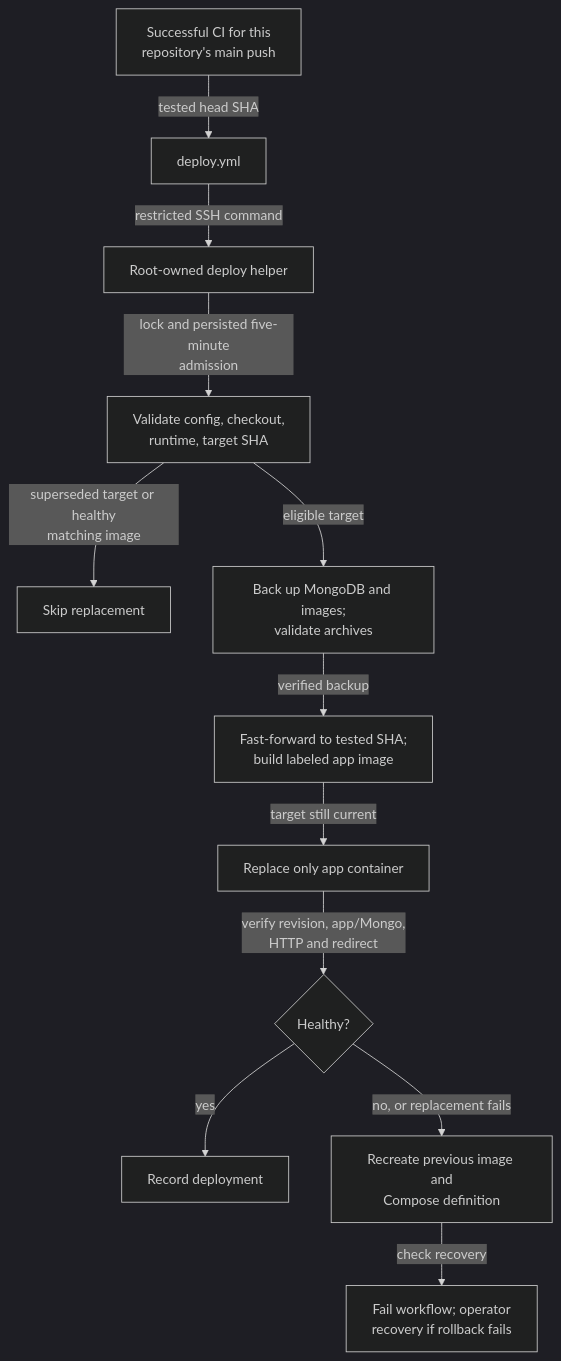
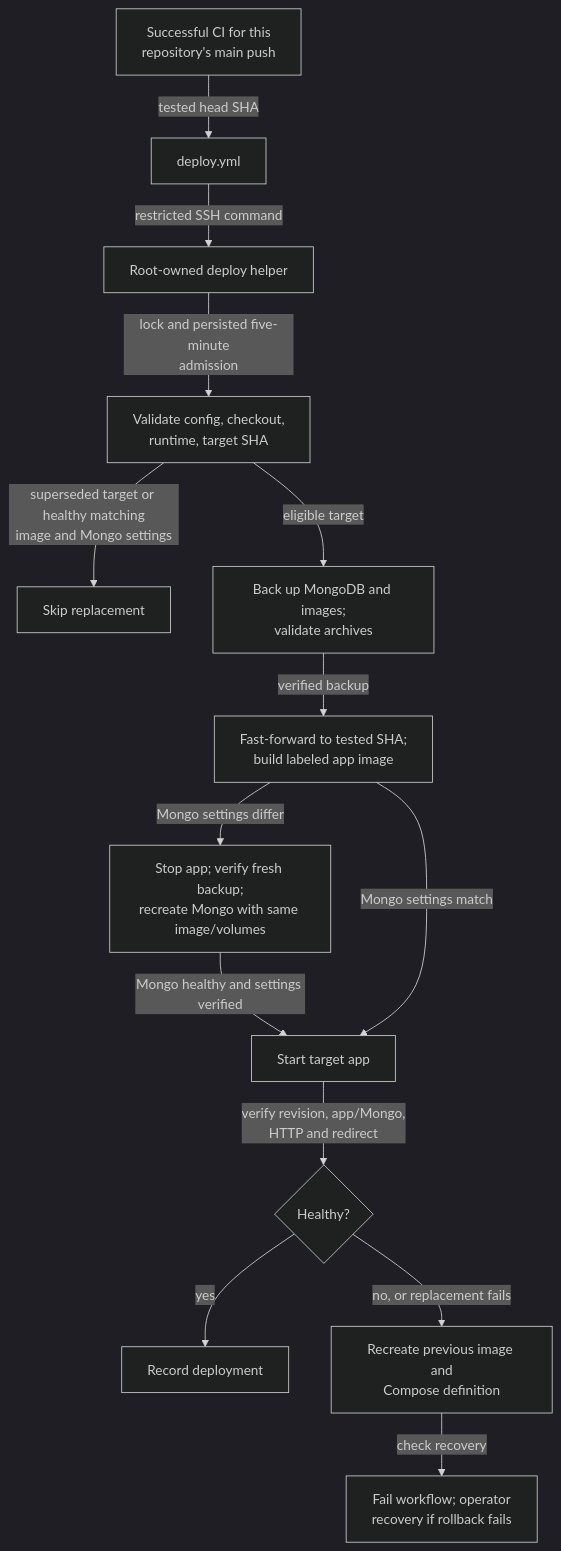
The second of 2 diagrams in scripts/README.md (jonathan-lindqvist/enstorstarkreview), drawn with Mermaid (dark theme) before and after one commit. The commit also changed other lines of this file and 7 other files, not shown here.

Commit message:
Apply Mongo settings during deployment

````diff
--- a/scripts/README.md
+++ b/scripts/README.md
@@ -31,14 +31,16 @@
 ```mermaid
 flowchart TD
     CI["Successful CI for this<br/>repository's main push"] -->|"tested head SHA"| Action["deploy.yml"]
     Action -->|"restricted SSH command"| Helper["Root-owned deploy helper"]
     Helper -->|"lock and persisted five-minute<br/>admission"| Preflight["Validate config, checkout,<br/>runtime, target SHA"]
-    Preflight -->|"superseded target or healthy<br/>matching image"| Skip["Skip replacement"]
+    Preflight -->|"superseded target or healthy matching<br/>image and Mongo settings"| Skip["Skip replacement"]
     Preflight -->|"eligible target"| Backup["Back up MongoDB and images;<br/>validate archives"]
     Backup -->|"verified backup"| Build["Fast-forward to tested SHA;<br/>build labeled app image"]
-    Build -->|"target still current"| Replace["Replace only app container"]
+    Build -->|"Mongo settings differ"| Maintenance["Stop app; verify fresh backup;<br/>recreate Mongo with same image/volumes"]
+    Maintenance -->|"Mongo healthy and settings verified"| Replace["Start target app"]
+    Build -->|"Mongo settings match"| Replace
     Replace -->|"verify revision, app/Mongo,<br/>HTTP and redirect"| Health{"Healthy?"}
     Health -->|"yes"| Done["Record deployment"]
     Health -->|"no, or replacement fails"| Rollback["Recreate previous image and<br/>Compose definition"]
     Rollback -->|"check recovery"| Failed["Fail workflow; operator<br/>recovery if rollback fails"]
 ```
````
